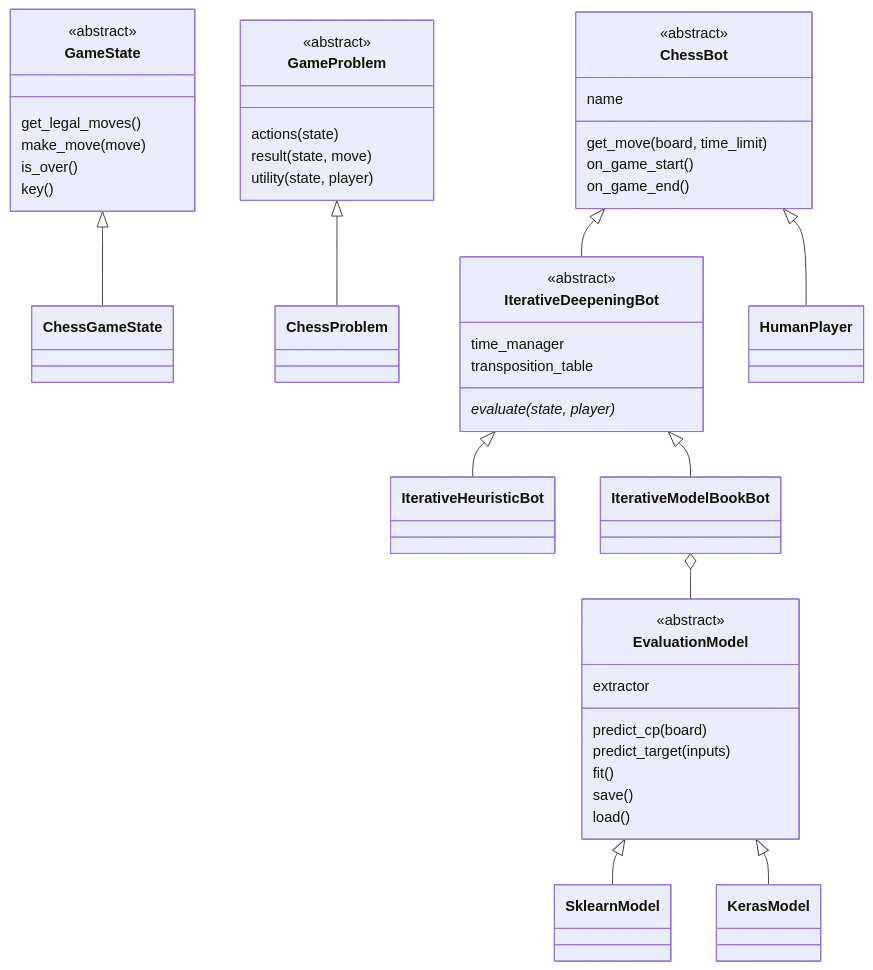
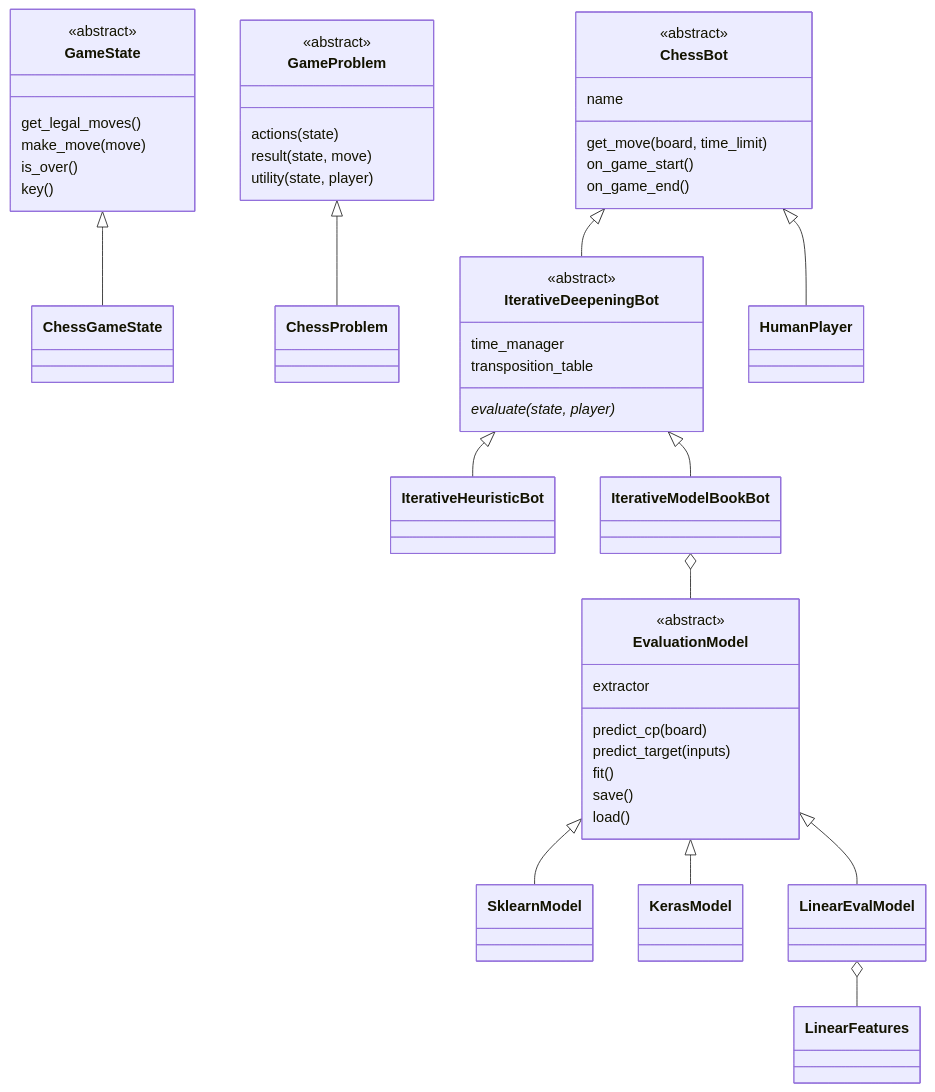
One commit to JoaquinDeVA/chess-ai-engine changed the second of 3 diagrams in docs/ARCHITECTURE.md. Above: the diagram before and after it, drawn with Mermaid. The commit also changed other lines of this file and 10 other files, not shown here.

````diff
--- a/docs/ARCHITECTURE.md
+++ b/docs/ARCHITECTURE.md
@@ -32,49 +37,51 @@
 ```mermaid
 classDiagram
     class GameState {
         <<abstract>>
         get_legal_moves()
         make_move(move)
         is_over()
         key()
     }
     class GameProblem {
         <<abstract>>
         actions(state)
         result(state, move)
         utility(state, player)
     }
     GameState <|-- ChessGameState
     GameProblem <|-- ChessProblem
 
     class ChessBot {
         <<abstract>>
         name
         get_move(board, time_limit)
         on_game_start()
         on_game_end()
     }
     class IterativeDeepeningBot {
         <<abstract>>
         time_manager
         transposition_table
         evaluate(state, player)*
     }
     ChessBot <|-- IterativeDeepeningBot
     ChessBot <|-- HumanPlayer
     IterativeDeepeningBot <|-- IterativeHeuristicBot
     IterativeDeepeningBot <|-- IterativeModelBookBot
 
     class EvaluationModel {
         <<abstract>>
         extractor
         predict_cp(board)
         predict_target(inputs)
         fit()
         save()
         load()
     }
     EvaluationModel <|-- SklearnModel
     EvaluationModel <|-- KerasModel
+    EvaluationModel <|-- LinearEvalModel
+    LinearEvalModel o-- LinearFeatures
     IterativeModelBookBot o-- EvaluationModel
 ```
````
